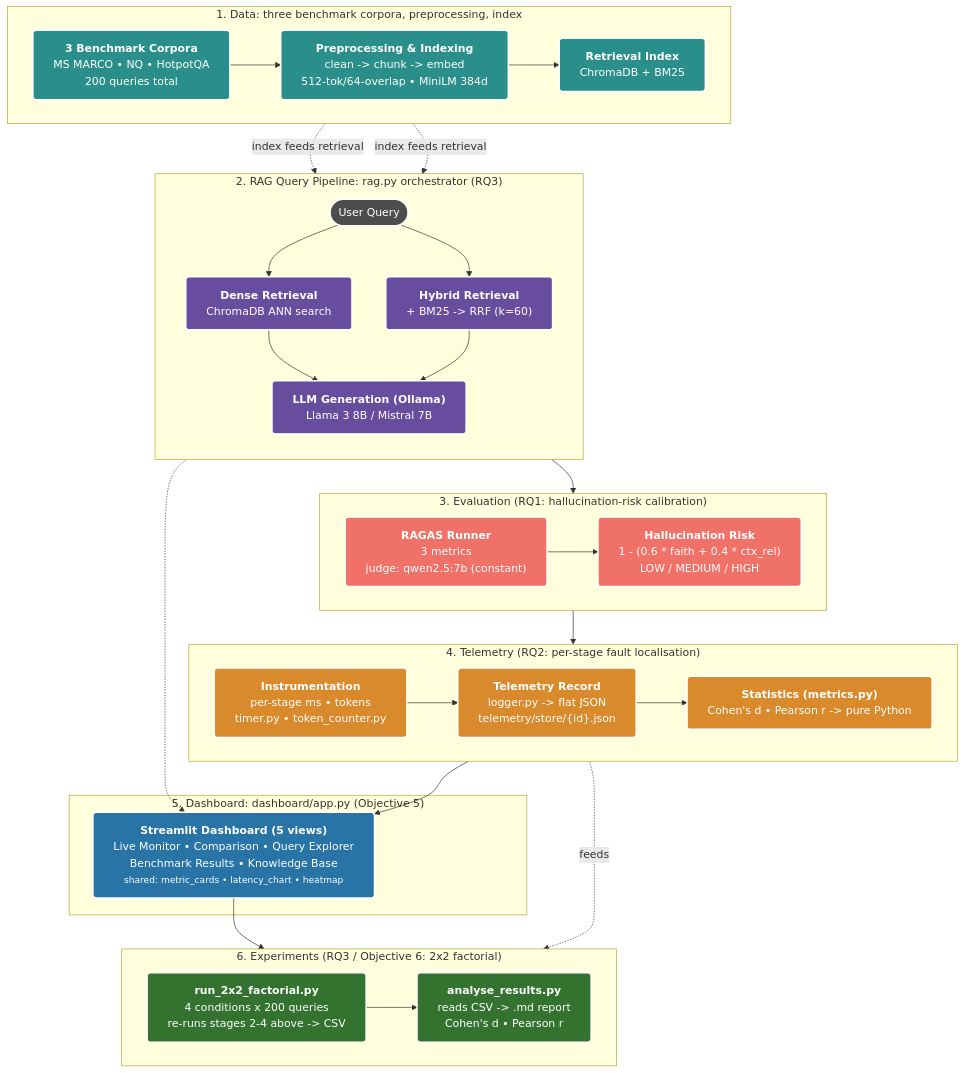
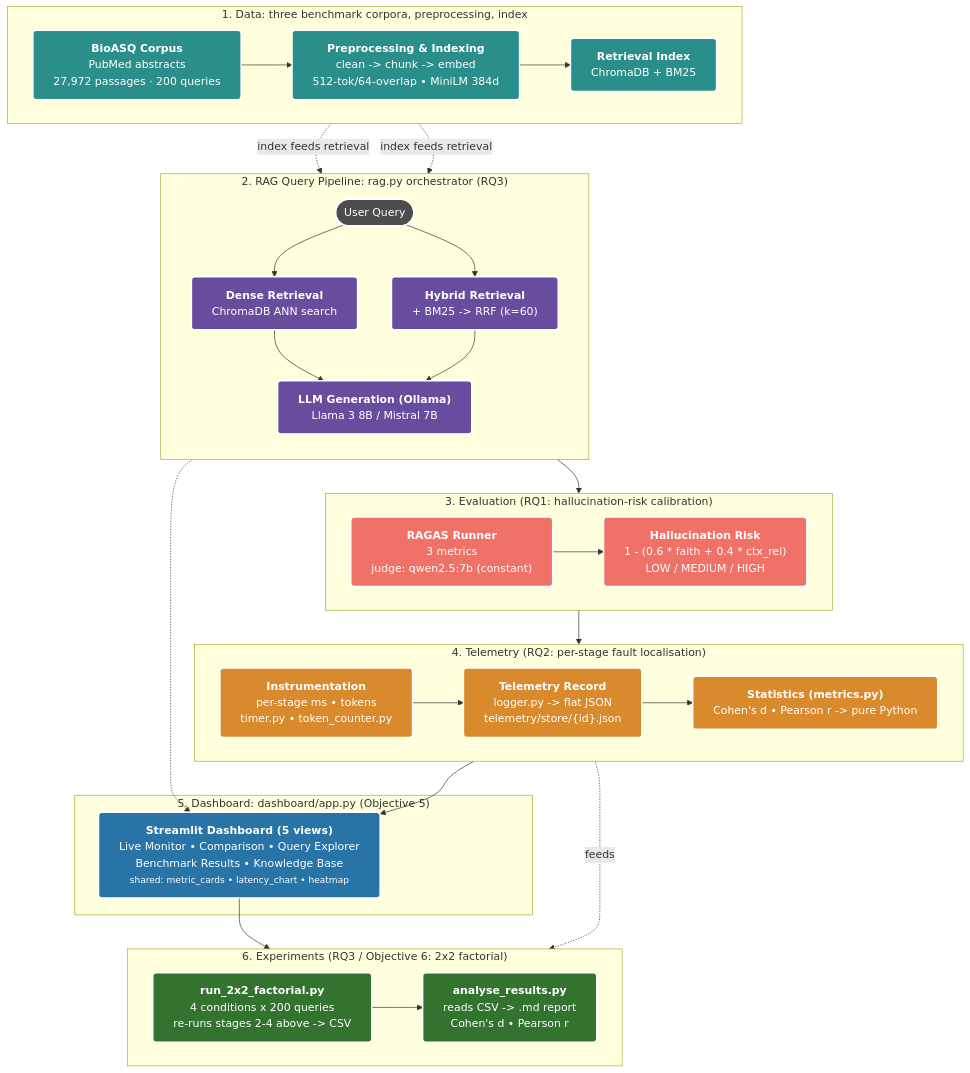
The diagram in docs/diagrams/ragscope_system_architecture.mmd (samueladole/MDATS79), drawn with Mermaid before and after one commit. The commit also changed 2 other files, not shown here.

Commit message:
Update Mermaid diagram sources for BioASQ
Content-only edits (labels, passage/query counts) to the .mmd sources
so they're correct whenever they're next rendered; rendering itself
requires Node/mermaid-cli, unavailable in this environment.

```diff
--- a/docs/diagrams/ragscope_system_architecture.mmd
+++ b/docs/diagrams/ragscope_system_architecture.mmd
@@ -1,86 +1,86 @@
 graph TD
     %% Define color palette based on your original image
     classDef data fill:#2A8F8A,stroke:#ffffff,stroke-width:2px,color:#ffffff,rx:5px,ry:5px;
     classDef pipeline fill:#684D9E,stroke:#ffffff,stroke-width:2px,color:#ffffff,rx:5px,ry:5px;
     classDef eval fill:#F07167,stroke:#ffffff,stroke-width:2px,color:#ffffff,rx:5px,ry:5px;
     classDef telemetry fill:#D98A2C,stroke:#ffffff,stroke-width:2px,color:#ffffff,rx:5px,ry:5px;
     classDef dashboard fill:#2874A6,stroke:#ffffff,stroke-width:2px,color:#ffffff,rx:5px,ry:5px;
     classDef exp fill:#33732F,stroke:#ffffff,stroke-width:2px,color:#ffffff,rx:5px,ry:5px;
     classDef query fill:#4D4D4D,stroke:#ffffff,stroke-width:2px,color:#ffffff,rx:20px,ry:20px;
     classDef transparent fill:none,stroke:none;
 
     %% 1. Data Stage
     subgraph Stage1 ["1. Data: three benchmark corpora, preprocessing, index"]
         direction LR
-        D1["<div style='white-space: nowrap; text-align: center;'><strong>3 Benchmark Corpora</strong><br/>MS MARCO • NQ • HotpotQA<br/>200 queries total</div>"]
+        D1["<div style='white-space: nowrap; text-align: center;'><strong>BioASQ Corpus</strong><br/>PubMed abstracts<br/>27,972 passages · 200 queries</div>"]
         D2["<div style='white-space: nowrap; text-align: center;'><strong>Preprocessing & Indexing</strong><br/>clean -> chunk -> embed<br/>512-tok/64-overlap • MiniLM 384d</div>"]
         D3["<div style='white-space: nowrap; text-align: center;'><strong>Retrieval Index</strong><br/>ChromaDB + BM25</div>"]
         D1 --> D2
         D2 --> D3
     end
     class D1,D2,D3 data;
 
     %% 2. RAG Query Pipeline Stage
     subgraph Stage2 ["2. RAG Query Pipeline: rag.py orchestrator (RQ3)"]
         direction TB
         Q(["User Query"]):::query
         P1["<div style='white-space: nowrap; text-align: center;'><strong>Dense Retrieval</strong><br/>ChromaDB ANN search</div>"]
         P2["<div style='white-space: nowrap; text-align: center;'><strong>Hybrid Retrieval</strong><br/>+ BM25 -> RRF (k=60)</div>"]
         P3["<div style='white-space: nowrap; text-align: center;'><strong>LLM Generation (Ollama)</strong><br/>Llama 3 8B / Mistral 7B</div>"]
         
         Q --> P1
         Q --> P2
         P1 --> P3
         P2 --> P3
     end
     class P1,P2,P3 pipeline;
 
     %% Link Data to Pipeline
     D3 -. index feeds retrieval .-> P1
     D3 -. index feeds retrieval .-> P2
 
     %% 3. Evaluation Stage
     subgraph Stage3 ["3. Evaluation (RQ1: hallucination-risk calibration)"]
         direction LR
         E1["<div style='white-space: nowrap; text-align: center;'><strong>RAGAS Runner</strong><br/>3 metrics<br/>judge: qwen2.5:7b (constant)</div>"]
         E2["<div style='white-space: nowrap; text-align: center;'><strong>Hallucination Risk</strong><br/>1 - (0.6 * faith + 0.4 * ctx_rel)<br/>LOW / MEDIUM / HIGH</div>"]
         E1 --> E2
     end
     class E1,E2 eval;
     
     P3 --> E1
 
     %% 4. Telemetry Stage
     subgraph Stage4 ["4. Telemetry (RQ2: per-stage fault localisation)"]
         direction LR
         T1["<div style='white-space: nowrap; text-align: center;'><strong>Instrumentation</strong><br/>per-stage ms • tokens<br/>timer.py • token_counter.py</div>"]
         T2["<div style='white-space: nowrap; text-align: center;'><strong>Telemetry Record</strong><br/>logger.py -> flat JSON<br/>telemetry/store/{id}.json</div>"]
         T3["<div style='white-space: nowrap; text-align: center;'><strong>Statistics (metrics.py)</strong><br/>Cohen's d • Pearson r -> pure Python</div>"]
         
         T1 --> T2
         T2 --> T3
     end
     class T1,T2,T3 telemetry;
 
     E1 --> T1
 
     %% 5. Dashboard Stage
     subgraph Stage5 ["5. Dashboard: dashboard/app.py (Objective 5)"]
         DB["<div style='white-space: nowrap; text-align: center;'><strong>Streamlit Dashboard (5 views)</strong><br/>Live Monitor • Comparison • Query Explorer<br/>Benchmark Results • Knowledge Base<br/><small>shared: metric_cards • latency_chart • heatmap</small></div>"]
     end
     class DB dashboard;
 
     T3 --> DB
     Q -.-> DB
 
     %% 6. Experiments Stage
     subgraph Stage6 ["6. Experiments (RQ3 / Objective 6: 2x2 factorial)"]
         direction LR
         X1["<div style='white-space: nowrap; text-align: center;'><strong>run_2x2_factorial.py</strong><br/>4 conditions x 200 queries<br/>re-runs stages 2-4 above -> CSV</div>"]
         X2["<div style='white-space: nowrap; text-align: center;'><strong>analyse_results.py</strong><br/>reads CSV -> .md report<br/>Cohen's d • Pearson r</div>"]
         X1 --> X2
     end
     class X1,X2 exp;
 
     DB --> X1
     T3 -. feeds .-> X2
```
